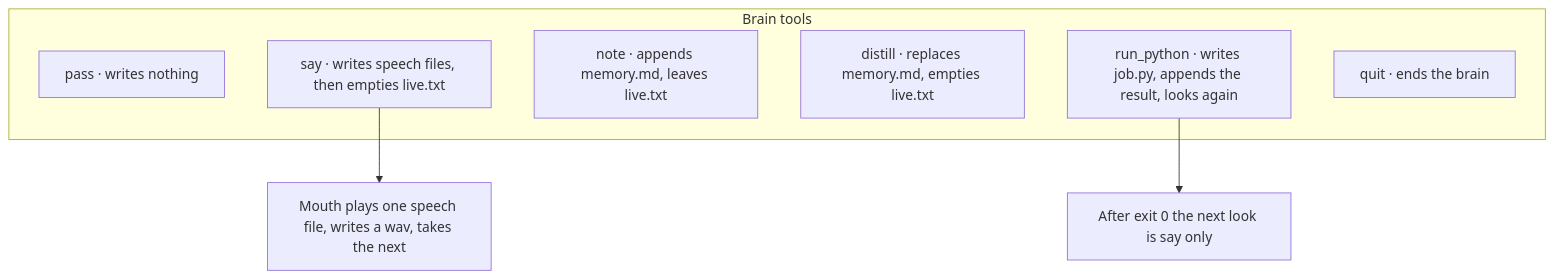
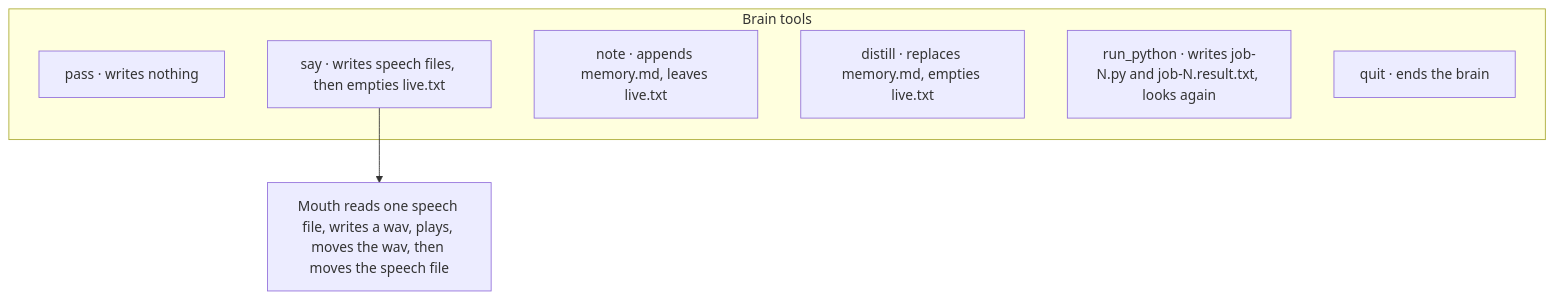
One commit to wgabrys88/Trident changed the second of 3 diagrams in README.md. Above: the diagram before and after it, drawn with Mermaid. The commit also changed other lines of this file and 9 other files, not shown here.

````diff
--- a/README.md
+++ b/README.md
@@ -42,13 +50,12 @@
 ```mermaid
 flowchart TB
   subgraph tools [Brain tools]
     pass["pass · writes nothing"]
     say["say · writes speech files, then empties live.txt"]
     note["note · appends memory.md, leaves live.txt"]
     distill["distill · replaces memory.md, empties live.txt"]
-    runpy["run_python · writes job.py, appends the result, looks again"]
+    runpy["run_python · writes job-N.py and job-N.result.txt, looks again"]
     quit["quit · ends the brain"]
   end
-  say --> mouth2["Mouth plays one speech file, writes a wav, takes the next"]
-  runpy --> sayonly["After exit 0 the next look is say only"]
+  say --> mouth2["Mouth reads one speech file, writes a wav, plays, moves the wav, then moves the speech file"]
 ```
````
